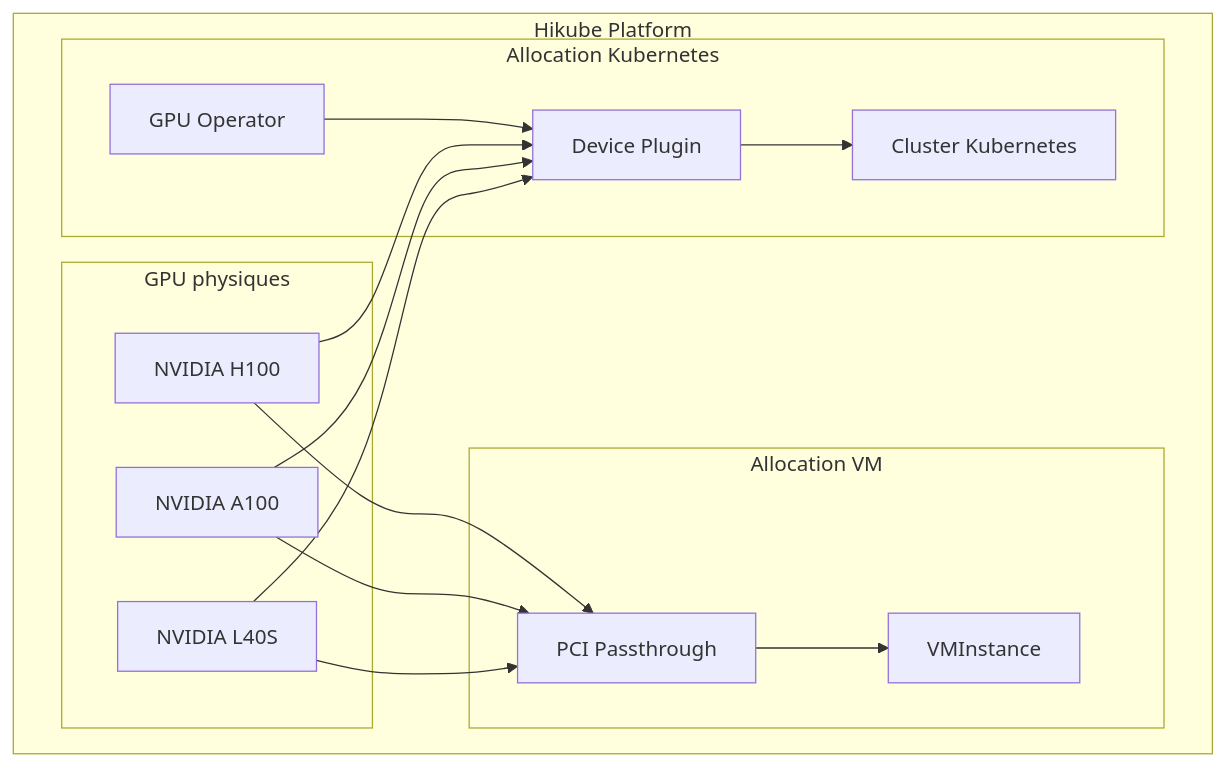
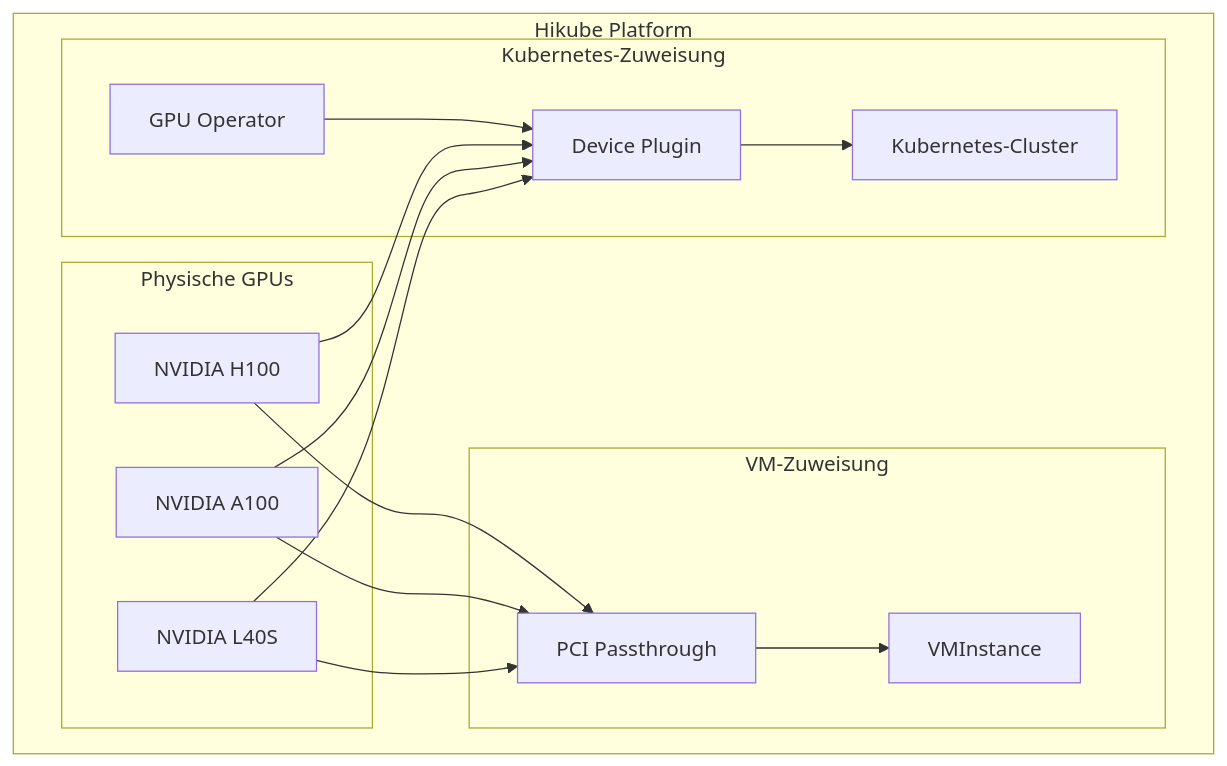
Before and after one commit to HidoraSwiss/hikube-public-doc: the first of 2 diagrams in i18n/de/docusaurus-plugin-content-docs/current/services/gpu/concepts.md, drawn with Mermaid. The commit also changed other lines of this file and 121 other files, not shown here.

````diff
--- a/i18n/de/docusaurus-plugin-content-docs/current/services/gpu/concepts.md
+++ b/i18n/de/docusaurus-plugin-content-docs/current/services/gpu/concepts.md
@@ -12,32 +12,32 @@
 ```mermaid
 graph TB
     subgraph "Hikube Platform"
-        subgraph "GPU physiques"
+        subgraph "Physische GPUs"
             G1[NVIDIA L40S]
             G2[NVIDIA A100]
             G3[NVIDIA H100]
         end
 
-        subgraph "Allocation VM"
+        subgraph "VM-Zuweisung"
             VMI[VMInstance]
             PT[PCI Passthrough]
         end
 
-        subgraph "Allocation Kubernetes"
-            K8S[Cluster Kubernetes]
+        subgraph "Kubernetes-Zuweisung"
+            K8S[Kubernetes-Cluster]
             DP[Device Plugin]
             GO[GPU Operator]
         end
     end
 
     G1 --> PT
     G2 --> PT
     G3 --> PT
     PT --> VMI
 
     G1 --> DP
     G2 --> DP
     G3 --> DP
     GO --> DP
     DP --> K8S
 ```
````
